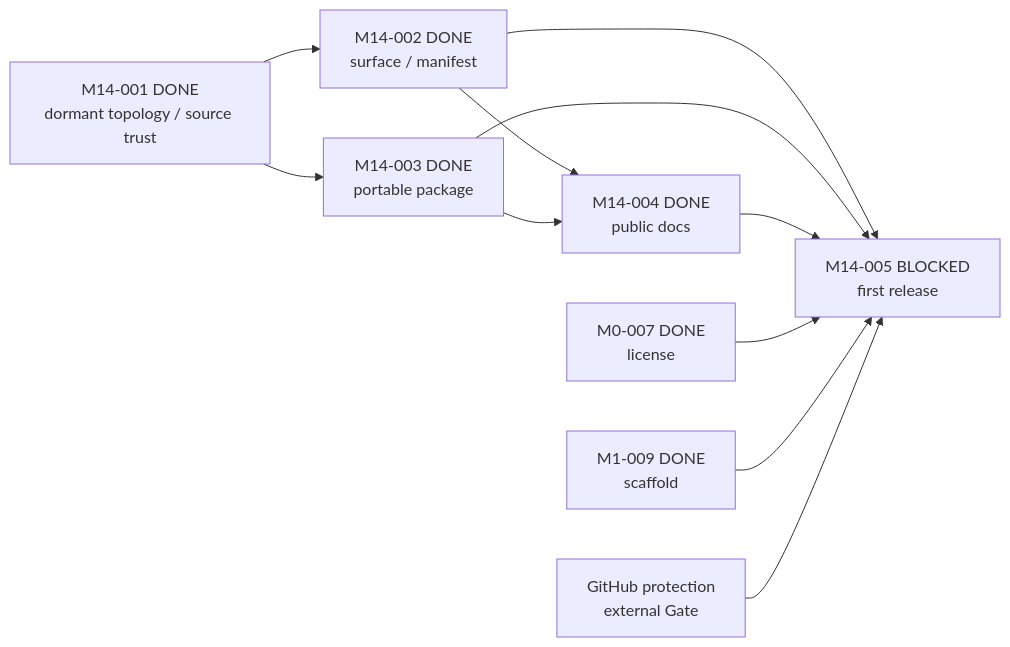
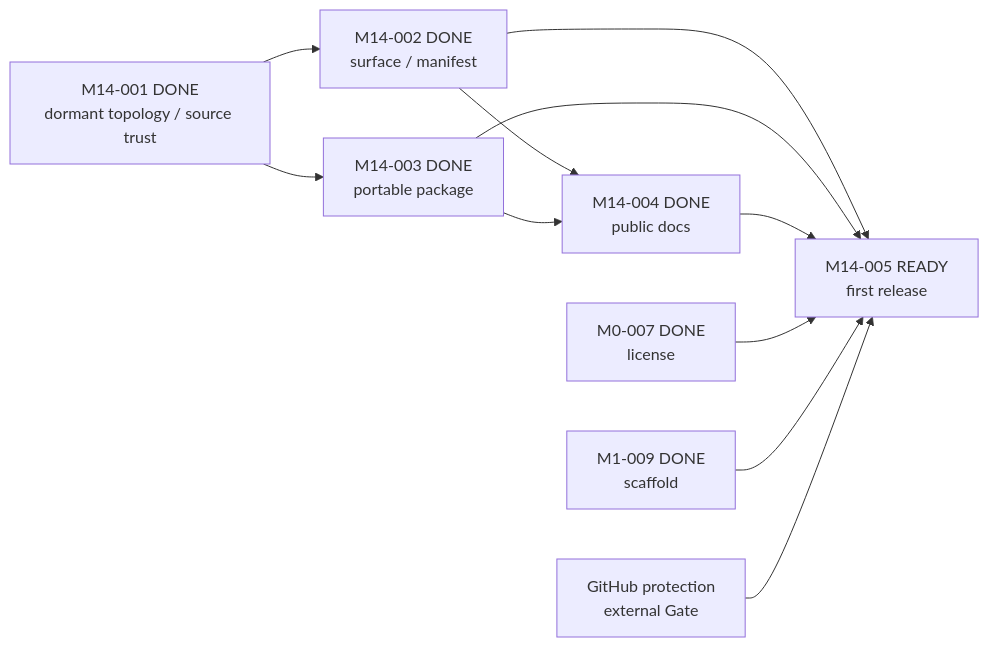
One commit to Chengyue-Lu/research-agent-workbench changed the fifth of 5 diagrams in docs/M_SERIES_IMPLEMENTATION_MAP.md. Above: the diagram before and after it, drawn with Mermaid. The commit also changed other lines of this file and 8 other files, not shown here.

````diff
--- a/docs/M_SERIES_IMPLEMENTATION_MAP.md
+++ b/docs/M_SERIES_IMPLEMENTATION_MAP.md
@@ -181,13 +181,13 @@
 ```mermaid
 flowchart LR
     M14001["M14-001 DONE<br/>dormant topology / source trust"] --> M14002["M14-002 DONE<br/>surface / manifest"]
     M14001 --> M14003["M14-003 DONE<br/>portable package"]
     M14002 --> M14004["M14-004 DONE<br/>public docs"]
     M14003 --> M14004
-    M14002 --> M14005["M14-005 BLOCKED<br/>first release"]
+    M14002 --> M14005["M14-005 READY<br/>first release"]
     M14003 --> M14005
     M14004 --> M14005
     M0007["M0-007 DONE<br/>license"] --> M14005
     M1009["M1-009 DONE<br/>scaffold"] --> M14005
     Remote["GitHub protection<br/>external Gate"] --> M14005
 ```
````
